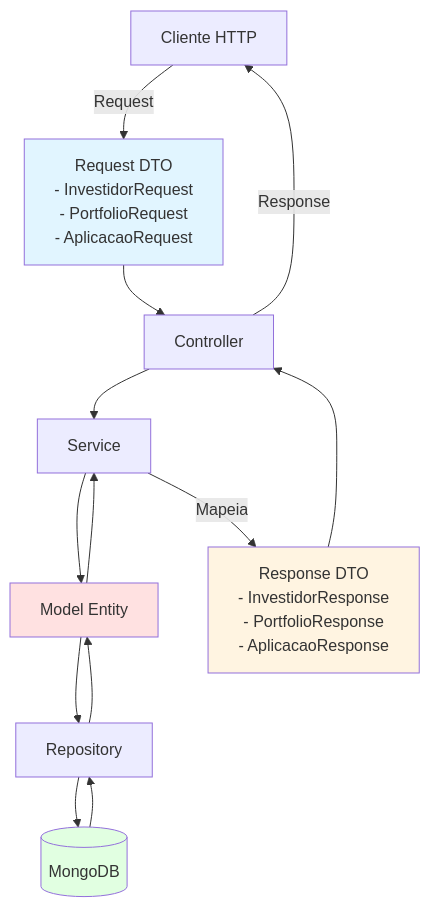
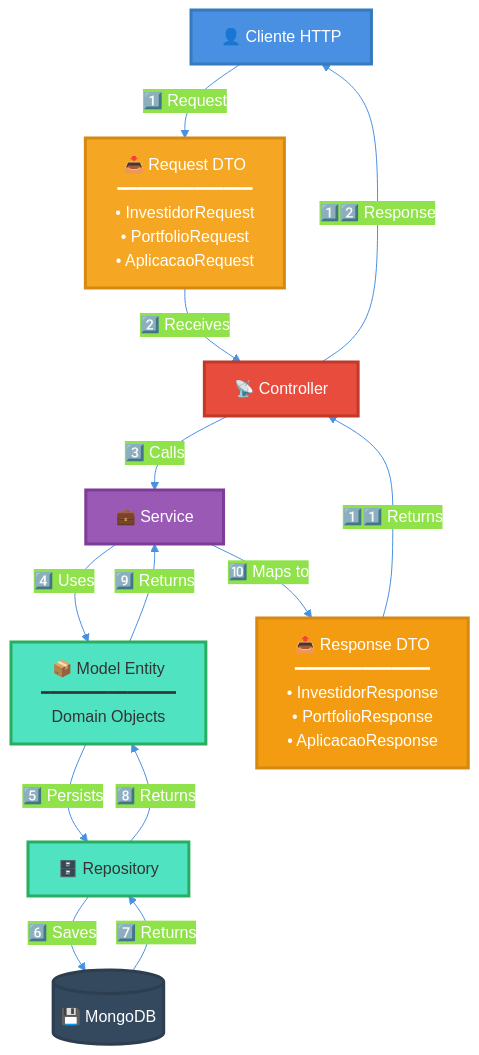
Diagram 16 of 20 in DOCUMENTACAO_ARQUITETURA_CAMADAS.md (caiohrmm/TCC-BartoFinance), drawn with Mermaid before and after one commit. The commit also changed other lines of this file, not shown here.

````diff
--- a/DOCUMENTACAO_ARQUITETURA_CAMADAS.md
+++ b/DOCUMENTACAO_ARQUITETURA_CAMADAS.md
@@ -644,20 +823,42 @@
 ```mermaid
+%%{init: {'theme':'base', 'themeVariables': { 'primaryColor':'#4A90E2','primaryTextColor':'#fff','primaryBorderColor':'#357ABD','lineColor':'#4A90E2'}}}%%
 graph TB
-    Client[Cliente HTTP] -->|Request| RequestDTO[Request DTO<br/>- InvestidorRequest<br/>- PortfolioRequest<br/>- AplicacaoRequest]
-    RequestDTO --> Controller[Controller]
-    Controller --> Service[Service]
-    Service --> Model[Model Entity]
-    Model --> Repository[Repository]
-    Repository --> MongoDB[(MongoDB)]
-    MongoDB --> Repository
-    Repository --> Model
-    Model --> Service
-    Service -->|Mapeia| ResponseDTO[Response DTO<br/>- InvestidorResponse<br/>- PortfolioResponse<br/>- AplicacaoResponse]
-    ResponseDTO --> Controller
-    Controller -->|Response| Client
+    Client["👤 Cliente HTTP"]
+    RequestDTO["📥 Request DTO<br/>━━━━━━━━━━━━━━<br/>• InvestidorRequest<br/>• PortfolioRequest<br/>• AplicacaoRequest"]
+    Controller["📡 Controller"]
+    Service["💼 Service"]
+    Model["📦 Model Entity<br/>━━━━━━━━━━━━━━<br/>Domain Objects"]
+    Repository["🗄️ Repository"]
+    MongoDB[("💾 MongoDB")]
+    ResponseDTO["📤 Response DTO<br/>━━━━━━━━━━━━━━<br/>• InvestidorResponse<br/>• PortfolioResponse<br/>• AplicacaoResponse"]
     
-    style RequestDTO fill:#e1f5ff
-    style ResponseDTO fill:#fff4e1
-    style Model fill:#ffe1e1
-    style MongoDB fill:#e1ffe1
+    Client -->|"1️⃣ Request"| RequestDTO
+    RequestDTO -->|"2️⃣ Receives"| Controller
+    Controller -->|"3️⃣ Calls"| Service
+    Service -->|"4️⃣ Uses"| Model
+    Model -->|"5️⃣ Persists"| Repository
+    Repository -->|"6️⃣ Saves"| MongoDB
+    MongoDB -->|"7️⃣ Returns"| Repository
+    Repository -->|"8️⃣ Returns"| Model
+    Model -->|"9️⃣ Returns"| Service
+    Service -->|"🔟 Maps to"| ResponseDTO
+    ResponseDTO -->|"1️⃣1️⃣ Returns"| Controller
+    Controller -->|"1️⃣2️⃣ Response"| Client
+    
+    classDef clientStyle fill:#4A90E2,stroke:#357ABD,stroke-width:3px,color:#fff
+    classDef requestStyle fill:#F5A623,stroke:#D68910,stroke-width:3px,color:#fff
+    classDef controllerStyle fill:#E74C3C,stroke:#C0392B,stroke-width:3px,color:#fff
+    classDef serviceStyle fill:#9B59B6,stroke:#7D3C98,stroke-width:3px,color:#fff
+    classDef modelStyle fill:#50E3C2,stroke:#27AE60,stroke-width:3px,color:#333
+    classDef responseStyle fill:#F39C12,stroke:#D68910,stroke-width:3px,color:#fff
+    classDef dbStyle fill:#34495E,stroke:#2C3E50,stroke-width:3px,color:#fff
+    
+    class Client clientStyle
+    class RequestDTO requestStyle
+    class Controller controllerStyle
+    class Service serviceStyle
+    class Model modelStyle
+    class Repository modelStyle
+    class ResponseDTO responseStyle
+    class MongoDB dbStyle
 ```
````
